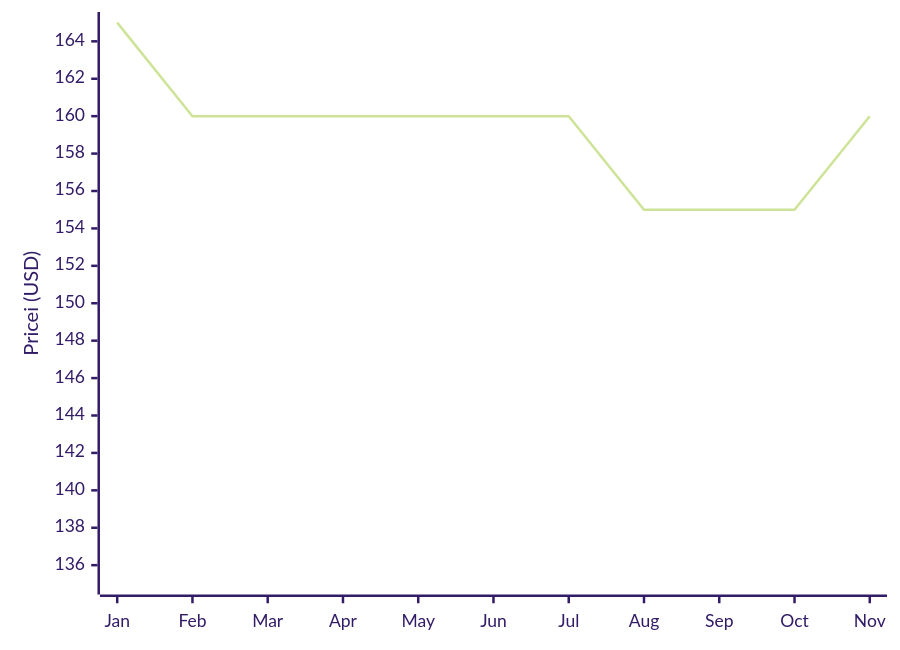
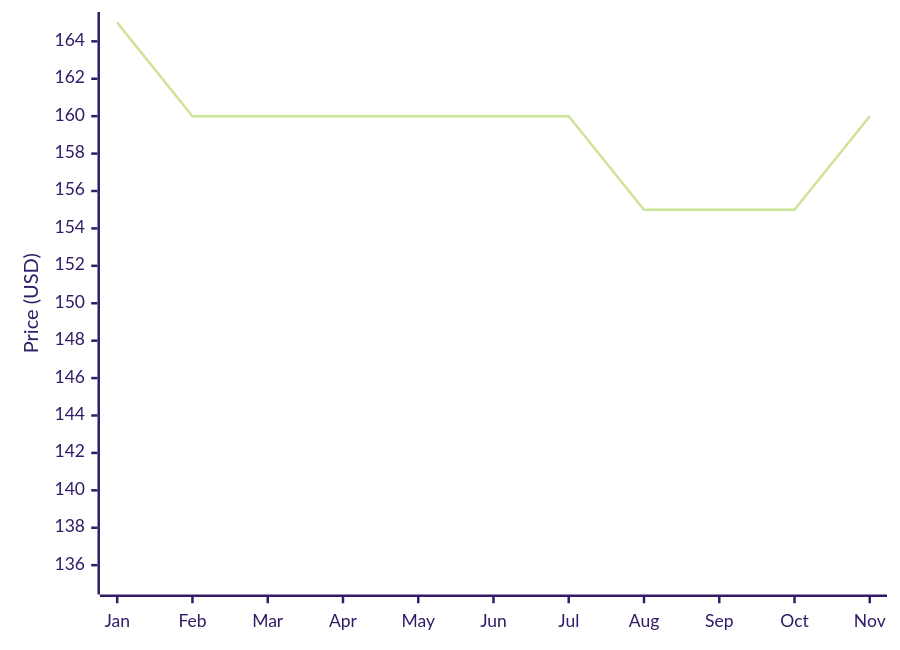
Before and after one commit to up-n-atom/8311: the second of 4 diagrams in docs/discord/group-buys.md, drawn with Mermaid (forest theme).

Commit message:
discord: group buy: remove superfluous i

````diff
--- a/docs/discord/group-buys.md
+++ b/docs/discord/group-buys.md
@@ -32,6 +32,6 @@
 ``` mermaid
 xychart-beta
     x-axis [Jan, Feb, Mar, Apr, May, Jun, Jul, Aug, Sep, Oct, Nov]
-    y-axis "Pricei (USD)" 135 --> 165
+    y-axis "Price (USD)" 135 --> 165
     line [165, 160, 160, 160, 160, 160, 160, 155, 155, 155, 160]
 ```
````
